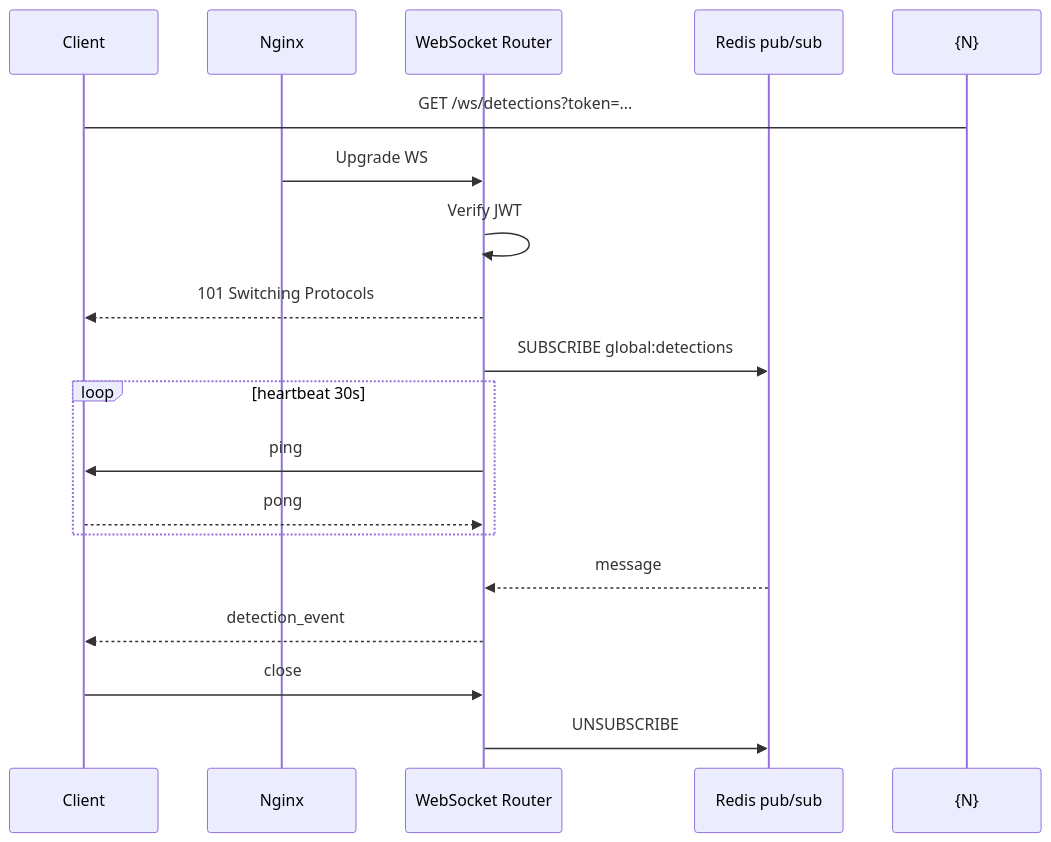
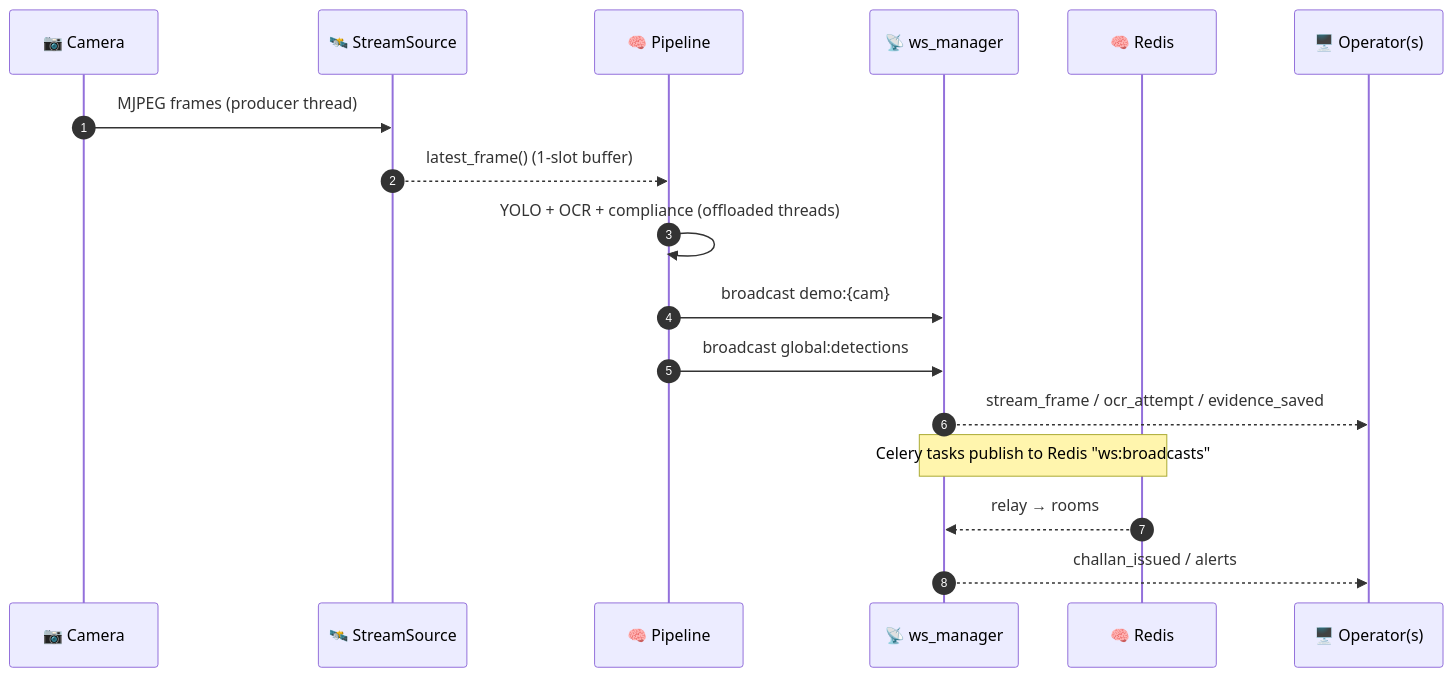
Diagram 18 of 22 in README.md (trivediyash154-source/ASEP-2), drawn with Mermaid before and after one commit. The commit also changed other lines of this file and 16 other files, not shown here.

````diff
--- a/README.md
+++ b/README.md
@@ -743,21 +797,20 @@
 ```mermaid
 sequenceDiagram
-    participant C as Client
-    participant N as Nginx
-    participant W as WebSocket Router
-    participant R as Redis pub/sub
+    autonumber
+    participant CAM as 📷 Camera
+    participant SM as 🛰️ StreamSource
+    participant PL as 🧠 Pipeline
+    participant WS as 📡 ws_manager
+    participant RD as 🧠 Redis
+    participant OP as 🖥️ Operator(s)
 
-    C->{N}: GET /ws/detections?token=...
-    N->>W: Upgrade WS
-    W->>W: Verify JWT
-    W-->>C: 101 Switching Protocols
-    W->>R: SUBSCRIBE global:detections
-    loop heartbeat 30s
-        W->>C: ping
-        C-->>W: pong
-    end
-    R-->>W: message
-    W-->>C: detection_event
-    C->>W: close
-    W->>R: UNSUBSCRIBE
+    CAM->>SM: MJPEG frames (producer thread)
+    SM-->>PL: latest_frame() (1-slot buffer)
+    PL->>PL: YOLO + OCR + compliance (offloaded threads)
+    PL->>WS: broadcast demo:{cam}
+    PL->>WS: broadcast global:detections
+    WS-->>OP: stream_frame / ocr_attempt / evidence_saved
+    Note over RD,WS: Celery tasks publish to Redis "ws:broadcasts"
+    RD-->>WS: relay → rooms
+    WS-->>OP: challan_issued / alerts
 ```
````
